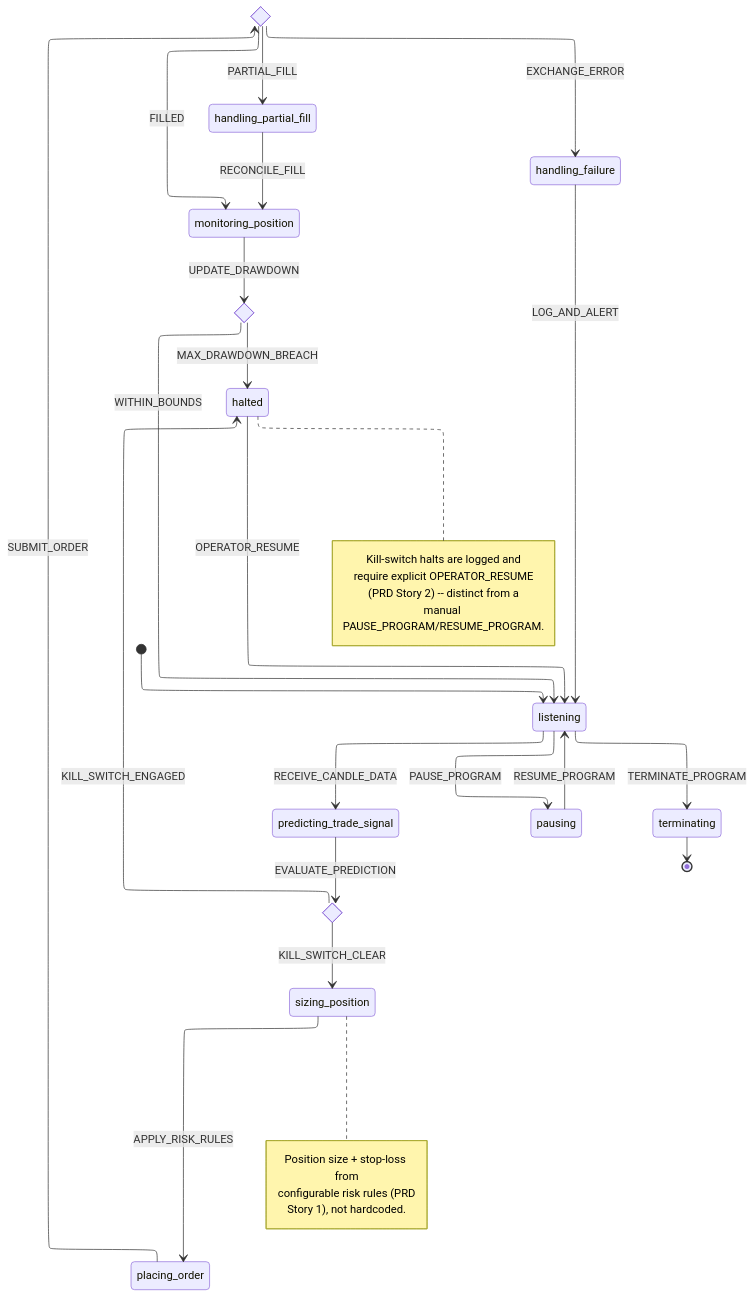
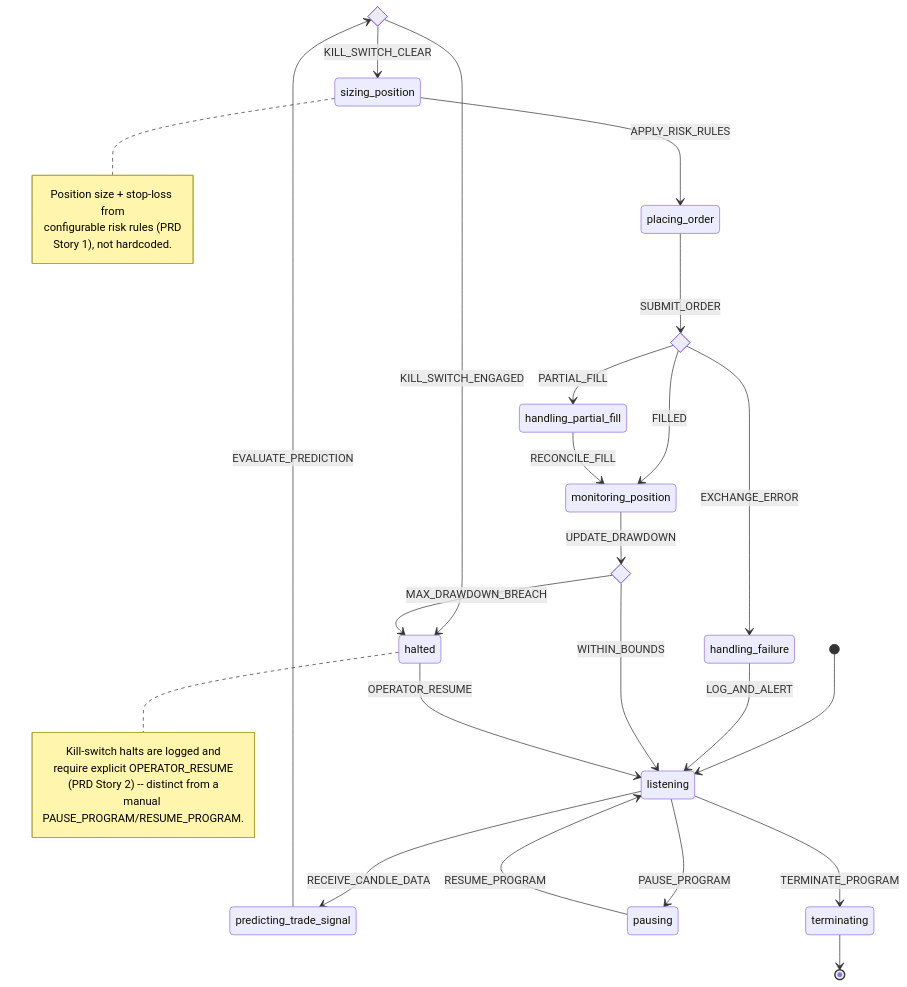
Before and after one commit to vanesterik/fart: the diagram in README.md, drawn with Mermaid.

Commit message:
chore: remove front-matter block in mermaid diagram

````diff
--- a/README.md
+++ b/README.md
@@ -57,43 +57,40 @@
 ```mermaid
----
-config:
-  layout: elk
----
+
 stateDiagram
    state kill_switch_condition <<choice>>
    state order_outcome_condition <<choice>>
    state drawdown_condition <<choice>>
 
    [*] --> listening
    listening --> predicting_trade_signal: RECEIVE_CANDLE_DATA
    predicting_trade_signal --> kill_switch_condition: EVALUATE_PREDICTION
    kill_switch_condition --> sizing_position: KILL_SWITCH_CLEAR
    kill_switch_condition --> halted: KILL_SWITCH_ENGAGED
    sizing_position --> placing_order: APPLY_RISK_RULES
    placing_order --> order_outcome_condition: SUBMIT_ORDER
    order_outcome_condition --> monitoring_position: FILLED
    order_outcome_condition --> handling_partial_fill: PARTIAL_FILL
    order_outcome_condition --> handling_failure: EXCHANGE_ERROR
    handling_partial_fill --> monitoring_position: RECONCILE_FILL
    handling_failure --> listening: LOG_AND_ALERT
    monitoring_position --> drawdown_condition: UPDATE_DRAWDOWN
    drawdown_condition --> listening: WITHIN_BOUNDS
    drawdown_condition --> halted: MAX_DRAWDOWN_BREACH
    halted --> listening: OPERATOR_RESUME
    listening --> pausing: PAUSE_PROGRAM
    pausing --> listening: RESUME_PROGRAM
    listening --> terminating: TERMINATE_PROGRAM
    terminating --> [*]
 
    note right of sizing_position
      Position size + stop-loss from
      configurable risk rules (PRD
      Story 1), not hardcoded.
    end note
    note right of halted
      Kill-switch halts are logged and
      require explicit OPERATOR_RESUME
      (PRD Story 2) -- distinct from a
      manual PAUSE_PROGRAM/RESUME_PROGRAM.
    end note
 ```
````
